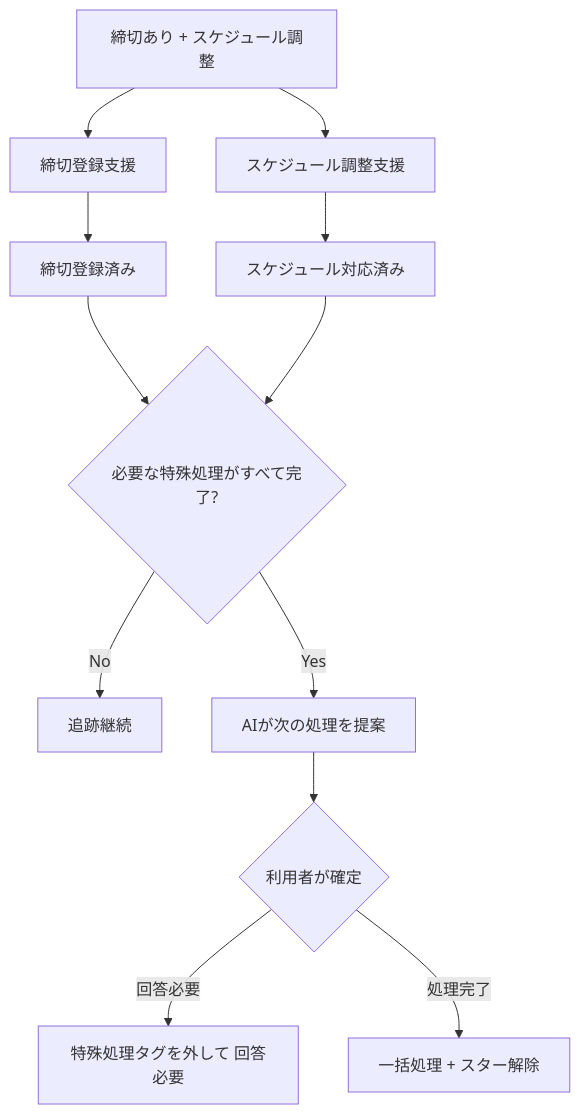
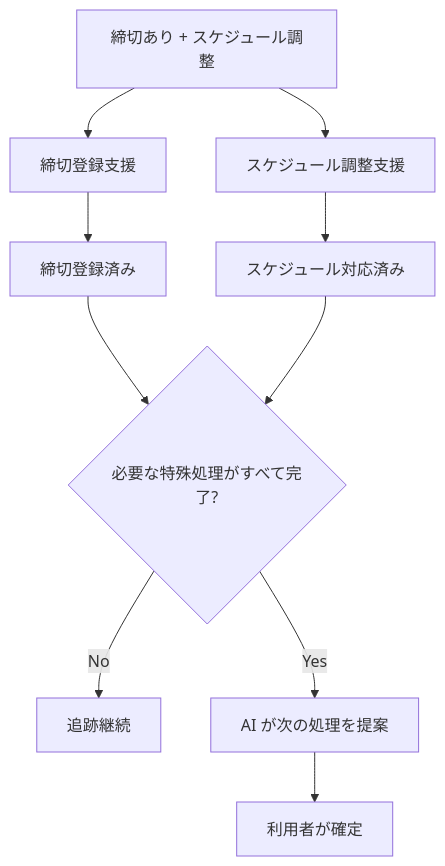
Before and after one commit to a3suger/WorkInBox: the third of 3 diagrams in docs/design_workflow.md, drawn with Mermaid. The commit also changed other lines of this file, not shown here.

````diff
--- a/docs/design_workflow.md
+++ b/docs/design_workflow.md
@@ -480,14 +545,12 @@
 ```mermaid
 flowchart TD
     A[締切あり + スケジュール調整] --> B[締切登録支援]
     A --> C[スケジュール調整支援]
     B --> D[締切登録済み]
     C --> E[スケジュール対応済み]
     D --> F{必要な特殊処理がすべて完了?}
     E --> F
     F -- No --> G[追跡継続]
-    F -- Yes --> H[AIが次の処理を提案]
-    H --> I{利用者が確定}
-    I -- 回答必要 --> J[特殊処理タグを外して 回答必要]
-    I -- 処理完了 --> K[一括処理 + スター解除]
+    F -- Yes --> H[AI が次の処理を提案]
+    H --> I[利用者が確定]
 ```
````
